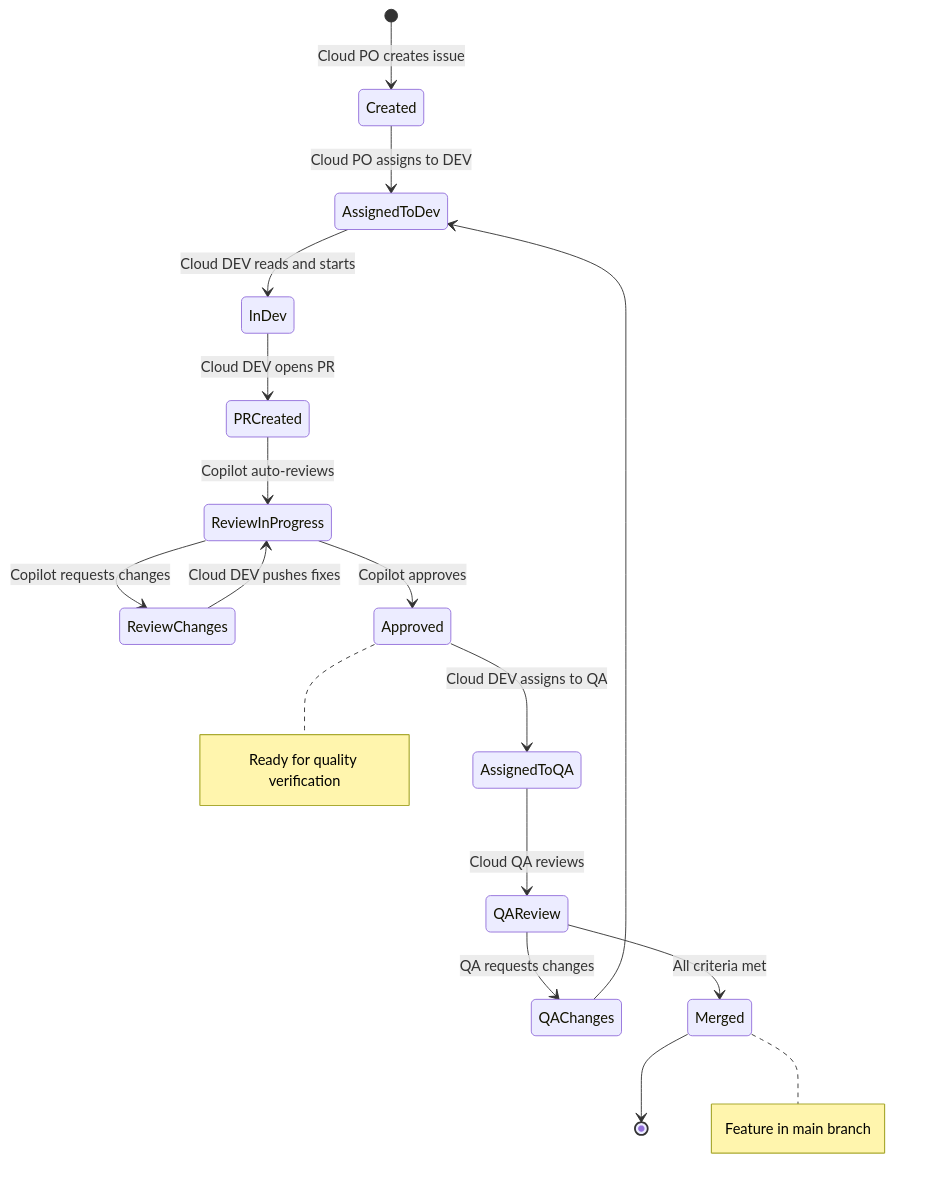
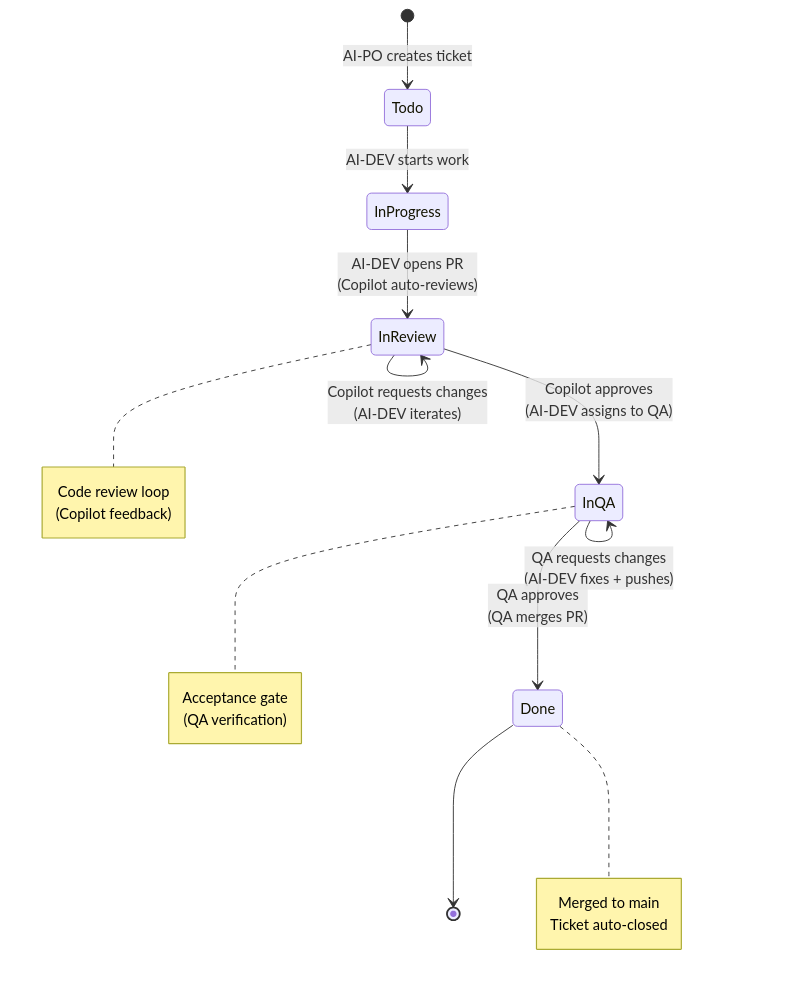
Before and after one commit to gersseba/garden: the fifth of 7 diagrams in docs/project-documentation/13-ticket-workflow/index.md, drawn with Mermaid. The commit also changed other lines of this file and 4 other files, not shown here.

````diff
--- a/docs/project-documentation/13-ticket-workflow/index.md
+++ b/docs/project-documentation/13-ticket-workflow/index.md
@@ -160,25 +162,26 @@
 ```mermaid
 stateDiagram-v2
-    [*] --> Created: Cloud PO creates issue
-    Created --> AssignedToDev: Cloud PO assigns to DEV
-    AssignedToDev --> InDev: Cloud DEV reads and starts
-    InDev --> PRCreated: Cloud DEV opens PR
-    PRCreated --> ReviewInProgress: Copilot auto-reviews
-    ReviewInProgress --> ReviewChanges: Copilot requests changes
-    ReviewChanges --> ReviewInProgress: Cloud DEV pushes fixes
-    ReviewInProgress --> Approved: Copilot approves
-    Approved --> AssignedToQA: Cloud DEV assigns to QA
-    AssignedToQA --> QAReview: Cloud QA reviews
-    QAReview --> QAChanges: QA requests changes
-    QAChanges --> AssignedToDev
-    QAReview --> Merged: All criteria met
-    Merged --> [*]
+    [*] --> Todo: AI-PO creates ticket
+    Todo --> InProgress: AI-DEV starts work
+    InProgress --> InReview: AI-DEV opens PR<br/>(Copilot auto-reviews)
+    InReview --> InReview: Copilot requests changes<br/>(AI-DEV iterates)
+    InReview --> InQA: Copilot approves<br/>(AI-DEV assigns to QA)
+    InQA --> InQA: QA requests changes<br/>(AI-DEV fixes + pushes)
+    InQA --> Done: QA approves<br/>(QA merges PR)
+    Done --> [*]
     
-    note right of Approved
-      Ready for quality verification
+    note right of InReview
+      Code review loop
+      (Copilot feedback)
     end note
     
-    note right of Merged
-      Feature in main branch
+    note right of InQA
+      Acceptance gate
+      (QA verification)
+    end note
+    
+    note right of Done
+      Merged to main
+      Ticket auto-closed
     end note
 ```
````
